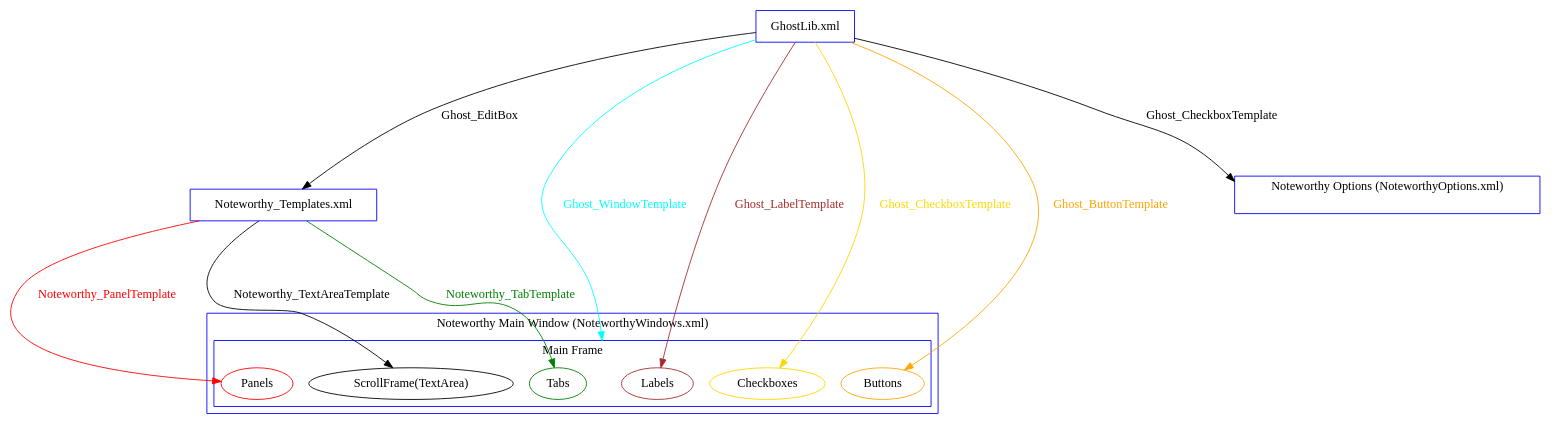
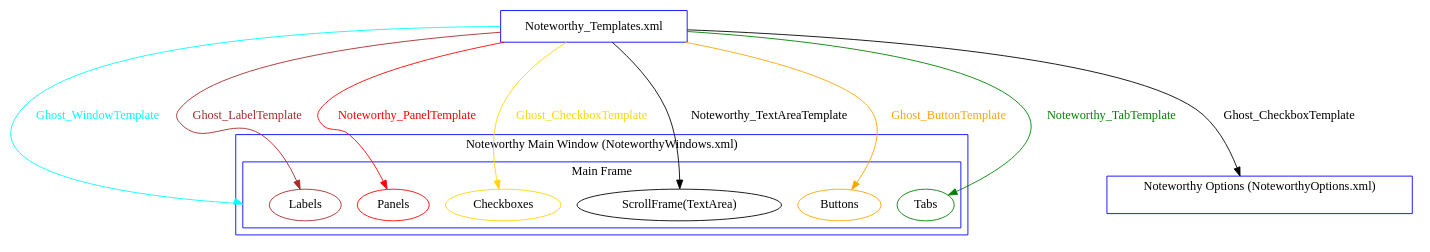
The diagram in doc/diagrams/noteworthy-xml-inheritance.dot (28/NoteworthyII), drawn with Graphviz before and after one commit. The commit also changed 8 other files, not shown here.

Commit message:
Merge GhostLib.xml to NoteworthyTemplates.xml and remove it; update diagrams and README

```diff
--- a/doc/diagrams/noteworthy-xml-inheritance.dot
+++ b/doc/diagrams/noteworthy-xml-inheritance.dot
@@ -1,46 +1,43 @@
 digraph arch {
-	ranksep=2.1
-	rankdir=TB
-	compound=true
-	node[color=blue]
+        ranksep=2.1
+        rankdir=TB
+        compound=true
+        node[color=blue]
 
-	XML_GL[label="GhostLib.xml", shape=box]
-	XML_T[label="Noteworthy_Templates.xml", shape=box]
+        XML_T[label="Noteworthy_Templates.xml", shape=box]
 
-	subgraph cluster_main {
-		label="Noteworthy Main Window (NoteworthyWindows.xml)"
-		color=blue
-		node[color=red]
+        subgraph cluster_main {
+                label="Noteworthy Main Window (NoteworthyWindows.xml)"
+                color=blue
+                node[color=red]
 
-		subgraph cluster_main_frame {
-			label="Main Frame"
+                subgraph cluster_main_frame {
+                        label="Main Frame"
 
-			M_F[label="Main frame", color=cyan, style=invis, shape=point]
-			M_L[label="Labels", color=brown]
-			M_P[label="Panels", color=red]
-			M_C[label="Checkboxes", color=gold]
-			M_T[label="ScrollFrame(TextArea)", color=black]
-			M_B[label="Buttons", color=orange]
-			M_TA[label="Tabs", color=green]
-		}
-	}
+                        M_F[label="Main frame", color=cyan, style=invis, shape=point]
+                        M_L[label="Labels", color=brown]
+                        M_P[label="Panels", color=red]
+                        M_C[label="Checkboxes", color=gold]
+                        M_T[label="ScrollFrame(TextArea)", color=black]
+                        M_B[label="Buttons", color=orange]
+                        M_TA[label="Tabs", color=green]
+                }
+        }
 
-	subgraph cluster_options {
-		label="Noteworthy Options (NoteworthyOptions.xml)"
-		color=blue
-		node[color=green]
+        subgraph cluster_options {
+                label="Noteworthy Options (NoteworthyOptions.xml)"
+                color=blue
+                node[color=green]
 
-		O_F[label="Options", color=cyan, style=invis, shape=point]
-	}
+                O_F[label="Options", color=cyan, style=invis, shape=point]
+        }
 
-	XML_GL->XML_T[label="Ghost_EditBox", color=black, fontcolor=black]
-
-	XML_GL->M_F[label="Ghost_WindowTemplate", color=cyan, fontcolor=cyan, lhead=cluster_main_frame]
-	XML_GL->M_L[label="Ghost_LabelTemplate", color=brown, fontcolor=brown]
-	XML_T->M_P[label="Noteworthy_PanelTemplate", color=red, fontcolor=red]
-	XML_GL->M_C[label="Ghost_CheckboxTemplate", color=gold, fontcolor=gold]
-	XML_T->M_T[label="Noteworthy_TextAreaTemplate", color=black, fontcolor=black]
-	XML_GL->M_B[label="Ghost_ButtonTemplate", color=orange, fontcolor=orange]
-	XML_T->M_TA[label="Noteworthy_TabTemplate", color=green, fontcolor=green]
-	XML_GL->O_F[label="Ghost_CheckboxTemplate", color=black, fontcolor=black, lhead=cluster_options]
+        XML_T->M_F[label="Ghost_WindowTemplate", color=cyan, fontcolor=cyan, lhead=cluster_main_frame]
+        XML_T->M_L[label="Ghost_LabelTemplate", color=brown, fontcolor=brown]
+        XML_T->M_P[label="Noteworthy_PanelTemplate", color=red, fontcolor=red]
+        XML_T->M_C[label="Ghost_CheckboxTemplate", color=gold, fontcolor=gold]
+        XML_T->M_T[label="Noteworthy_TextAreaTemplate", color=black, fontcolor=black]
+        XML_T->M_B[label="Ghost_ButtonTemplate", color=orange, fontcolor=orange]
+        XML_T->M_TA[label="Noteworthy_TabTemplate", color=green, fontcolor=green]
+        XML_T->O_F[label="Ghost_CheckboxTemplate", color=black, fontcolor=black, lhead=cluster_options]
 }
```
